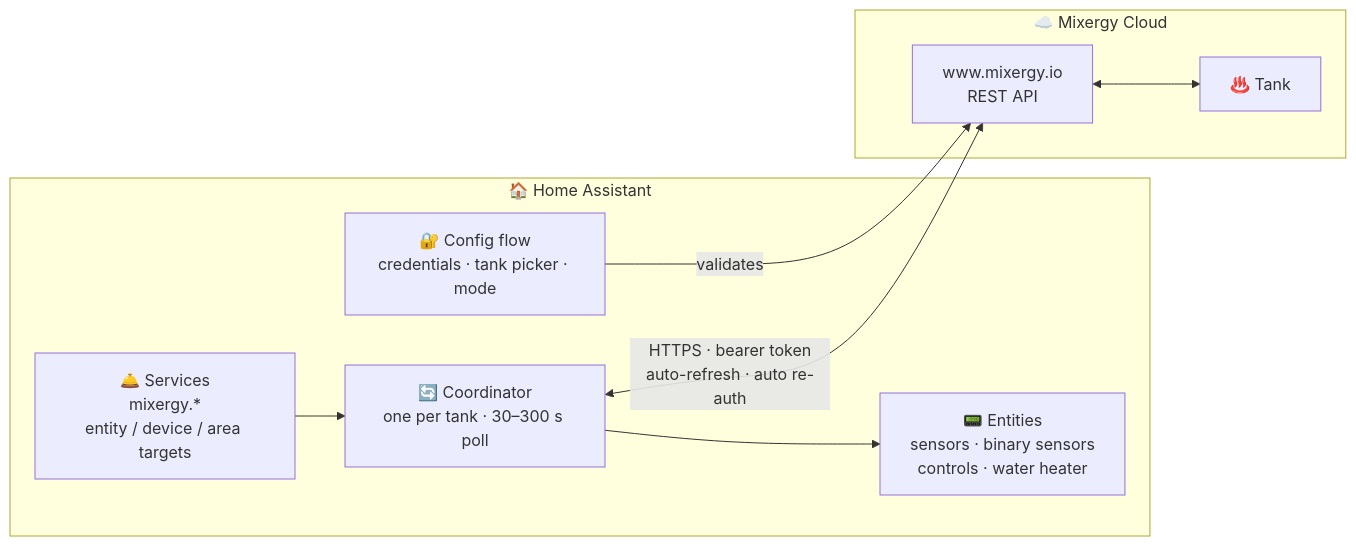
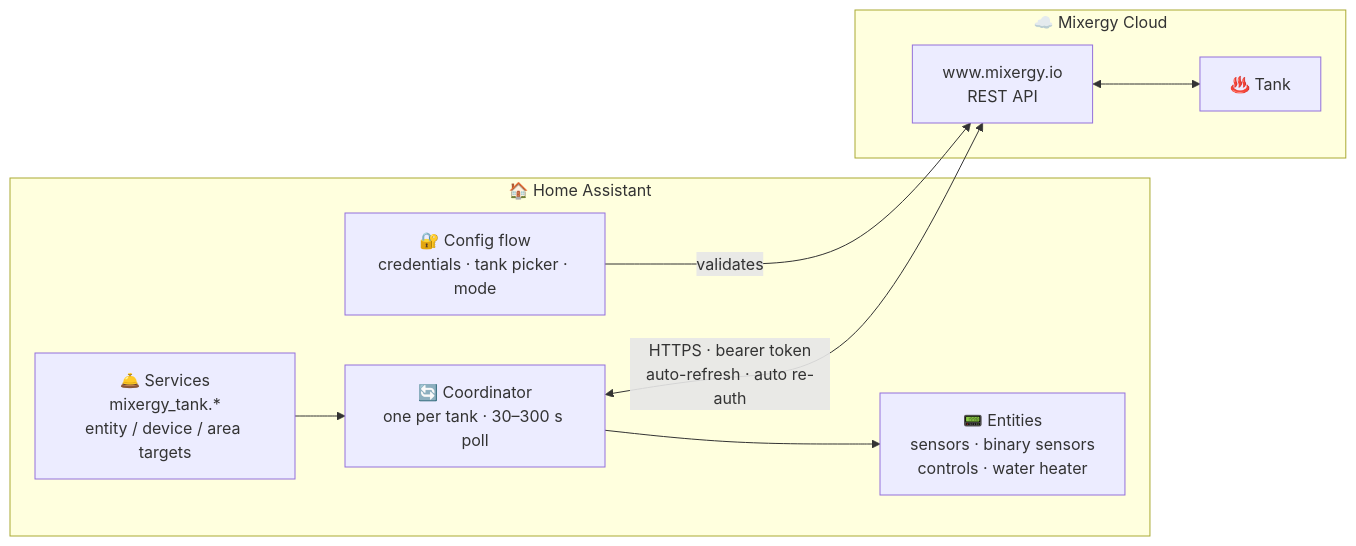
One commit to CaputoDavide93/Mixergy-Home-Assistant changed the diagram in README.md. Above: the diagram before and after it, drawn with Mermaid. The commit also changed other lines of this file and 28 other files, not shown here.

````diff
--- a/README.md
+++ b/README.md
@@ -388,18 +393,18 @@
 ```mermaid
 flowchart LR
     subgraph HA["🏠 Home Assistant"]
         CF["🔐 Config flow<br/>credentials · tank picker · mode"]
         CO["🔄 Coordinator<br/>one per tank · 30–300 s poll"]
         ENT["📟 Entities<br/>sensors · binary sensors<br/>controls · water heater"]
-        SVC["🛎️ Services<br/>mixergy.*<br/>entity / device / area targets"]
+        SVC["🛎️ Services<br/>mixergy_tank.*<br/>entity / device / area targets"]
     end
     subgraph CLOUD["☁️ Mixergy Cloud"]
         API["www.mixergy.io<br/>REST API"]
         TANK["♨️ Tank"]
     end
     CF -->|validates| API
     CO <-->|"HTTPS · bearer token<br/>auto-refresh · auto re-auth"| API
     API <--> TANK
     CO --> ENT
     SVC --> CO
 ```
````
